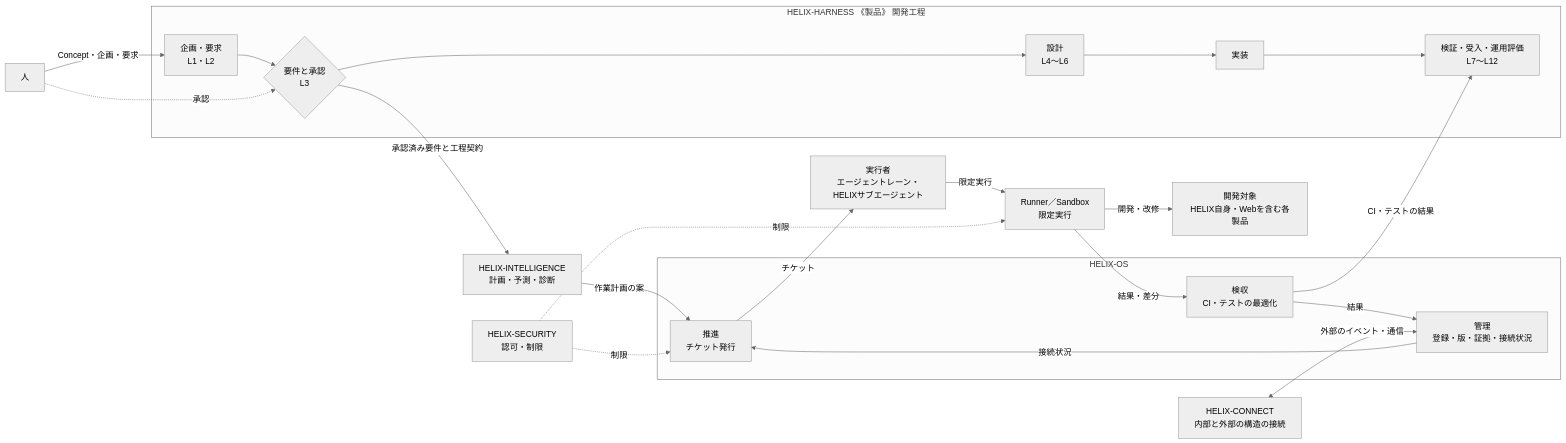
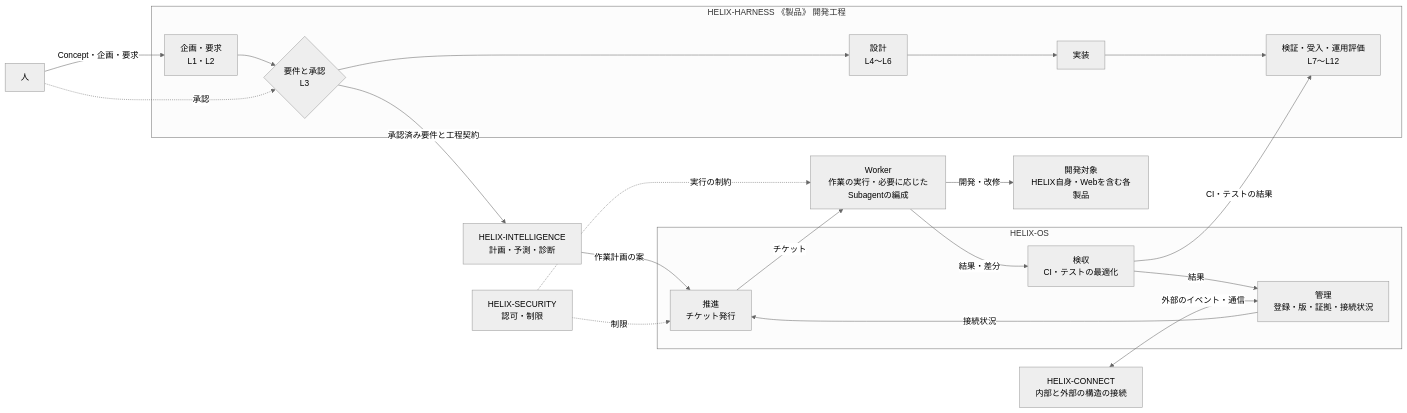
One commit to RetryYN/HELIX-HARNESS changed the second of 3 diagrams in docs/concept/helix-concept.md. Above: the diagram before and after it, drawn with Mermaid (neutral theme). The commit also changed other lines of this file and 8 other files, not shown here.

Commit message:
docs: unify execution actors into Worker and retire Runner/Sandbox, lanes and HELIX subagents

````diff
--- a/docs/concept/helix-concept.md
+++ b/docs/concept/helix-concept.md
@@ -120,40 +120,38 @@
 ```mermaid
 flowchart LR
     Human["人"]
 
     subgraph PROC["HELIX-HARNESS 《製品》 開発工程"]
         REQ["企画・要求<br/>L1・L2"]
         APP{"要件と承認<br/>L3"}
         DES["設計<br/>L4〜L6"]
         IMP["実装"]
         VER["検証・受入・運用評価<br/>L7〜L12"]
         REQ --> APP --> DES --> IMP --> VER
     end
 
     INTF["HELIX-INTELLIGENCE<br/>計画・予測・診断"]
     subgraph OSG["HELIX-OS"]
         MGMT["管理<br/>登録・版・証拠・接続状況"]
         PROM["推進<br/>チケット発行"]
         ACC["検収<br/>CI・テストの最適化"]
     end
-    LANES["実行者<br/>エージェントレーン・HELIXサブエージェント"]
+    WORKER["Worker<br/>作業の実行・必要に応じたSubagentの編成"]
     SEC["HELIX-SECURITY<br/>認可・制限"]
-    RUNNER["Runner／Sandbox<br/>限定実行"]
     CONNECT["HELIX-CONNECT<br/>内部と外部の構造の接続"]
     Targets["開発対象<br/>HELIX自身・Webを含む各製品"]
 
     Human -->|Concept・企画・要求| REQ
     Human -.->|承認| APP
     APP -->|承認済み要件と工程契約| INTF
     INTF -->|作業計画の案| PROM
     MGMT -->|接続状況| PROM
-    PROM -->|チケット| LANES
-    LANES -->|限定実行| RUNNER
-    RUNNER -->|開発・改修| Targets
-    RUNNER -->|結果・差分| ACC
+    PROM -->|チケット| WORKER
+    WORKER -->|開発・改修| Targets
+    WORKER -->|結果・差分| ACC
     ACC -->|CI・テストの結果| VER
     ACC -->|結果| MGMT
     SEC -.->|制限| PROM
-    SEC -.->|制限| RUNNER
+    SEC -.->|実行の制約| WORKER
     CONNECT <-->|外部のイベント・通信| MGMT
 ```
````
